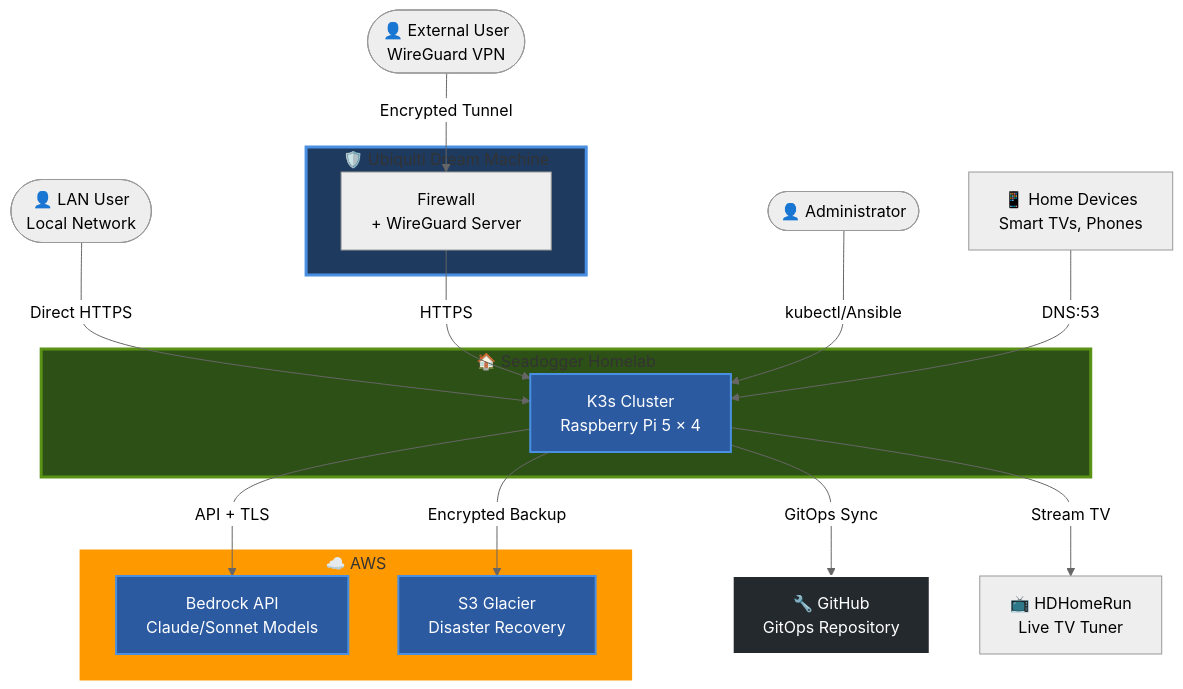
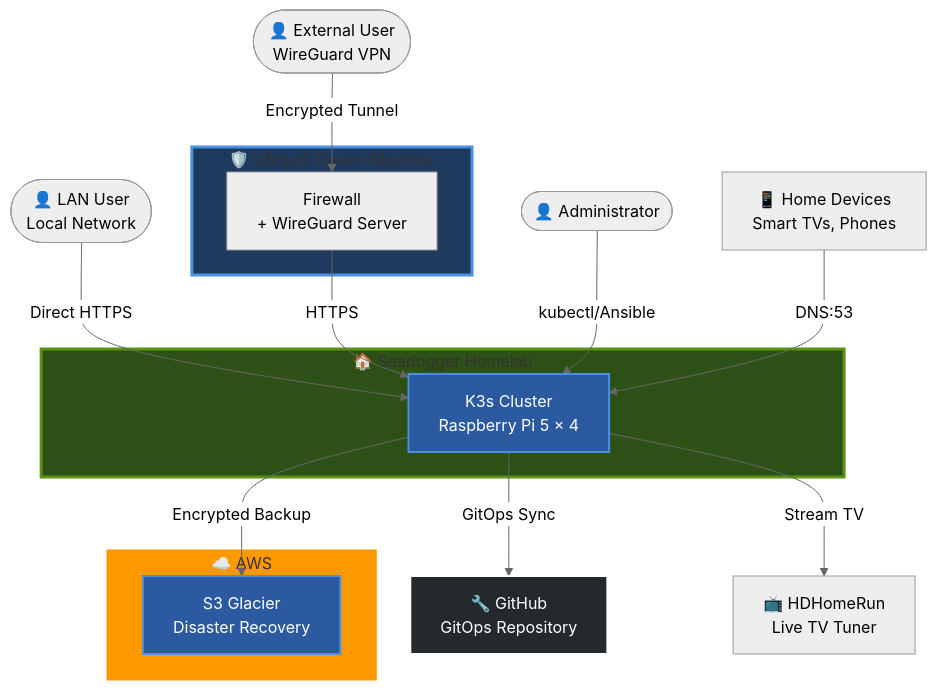
Before and after one commit to seadogger-tech/seadogger-homelab: the first of 3 diagrams in docs/wiki/02-Architecture.md, drawn with Mermaid (neutral theme). The commit also changed other lines of this file, not shown here.

Commit message:
docs: update docs/wiki/02-Architecture.md for retired Bedrock, OpenWebUI and Hermes (OCE-101)

````diff
--- a/docs/wiki/02-Architecture.md
+++ b/docs/wiki/02-Architecture.md
@@ -26,42 +26,39 @@
 ```mermaid
 graph TB
     LAN_User([👤 LAN User<br/>Local Network])
     VPN_User([👤 External User<br/>WireGuard VPN])
     Admin([👤 Administrator])
 
     subgraph UDM["🛡️ Ubiquiti Dream Machine"]
         Firewall[Firewall<br/>+ WireGuard Server]
     end
 
     subgraph Homelab["🏠 Seadogger Homelab"]
         K3s[K3s Cluster<br/>Raspberry Pi 5 × 4]
     end
 
     subgraph AWS_Cloud["☁️ AWS"]
-        Bedrock[Bedrock API<br/>Claude/Sonnet Models]
         S3[S3 Glacier<br/>Disaster Recovery]
     end
 
     GitHub[🔧 GitHub<br/>GitOps Repository]
     HDHomeRun[📺 HDHomeRun<br/>Live TV Tuner]
     Devices[📱 Home Devices<br/>Smart TVs, Phones]
 
     LAN_User -->|Direct HTTPS| K3s
     VPN_User -->|Encrypted Tunnel| Firewall
     Firewall -->|HTTPS| K3s
     Admin -->|kubectl/Ansible| K3s
 
-    K3s -->|API + TLS| Bedrock
     K3s -->|GitOps Sync| GitHub
     K3s -->|Encrypted Backup| S3
     K3s -->|Stream TV| HDHomeRun
     Devices -->|DNS:53| K3s
 
     style UDM fill:#1e3a5f,stroke:#4a90e2,stroke-width:3px
     style Homelab fill:#2d5016,stroke:#5a9216,stroke-width:3px
     style K3s fill:#2c5aa0,stroke:#4a90e2,stroke-width:2px,color:#fff
     style AWS_Cloud fill:#ff9900,stroke:#ff9900,stroke-width:3px
-    style Bedrock fill:#2c5aa0,stroke:#4a90e2,stroke-width:2px,color:#fff
     style S3 fill:#2c5aa0,stroke:#4a90e2,stroke-width:2px,color:#fff
     style GitHub fill:#24292e,stroke:#ffffff,stroke-width:2px,color:#fff
 ```
````
